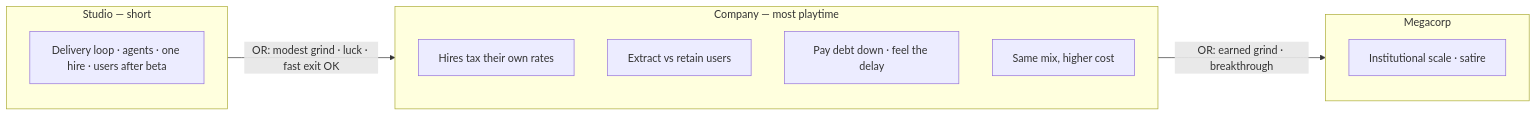
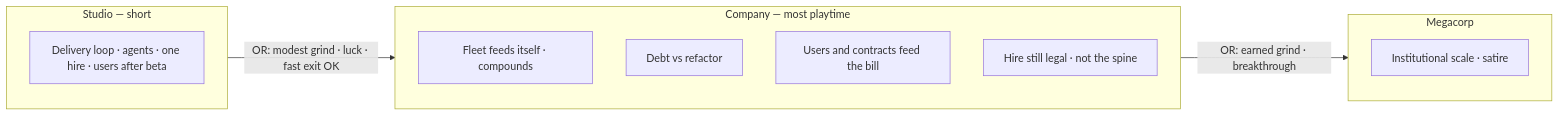
Before and after one commit to anne-markis/software-factory-the-game: the first of 2 diagrams in docs/superpowers/specs/2026-08-14-company-era-brainstorm.md, drawn with Mermaid. The commit also changed other lines of this file and 5 other files, not shown here.

````diff
--- a/docs/superpowers/specs/2026-08-14-company-era-brainstorm.md
+++ b/docs/superpowers/specs/2026-08-14-company-era-brainstorm.md
@@ -139,20 +157,20 @@
 ```mermaid
 flowchart LR
   subgraph ST["Studio — short"]
     loop[Delivery loop · agents · one hire · users after beta]
   end
 
   subgraph CO["Company — most playtime"]
-    org[Hires tax their own rates]
-    market[Extract vs retain users]
-    debt[Pay debt down · feel the delay]
-    meander[Same mix, higher cost]
+    dark[Fleet feeds itself · compounds]
+    debt[Debt vs refactor]
+    feed[Users and contracts feed the bill]
+    hire[Hire still legal · not the spine]
   end
 
   subgraph MC["Megacorp"]
     inst[Institutional scale · satire]
   end
 
   ST -->|"OR: modest grind · luck · fast exit OK"| CO
   CO -->|"OR: earned grind · breakthrough"| MC
 ```
````
